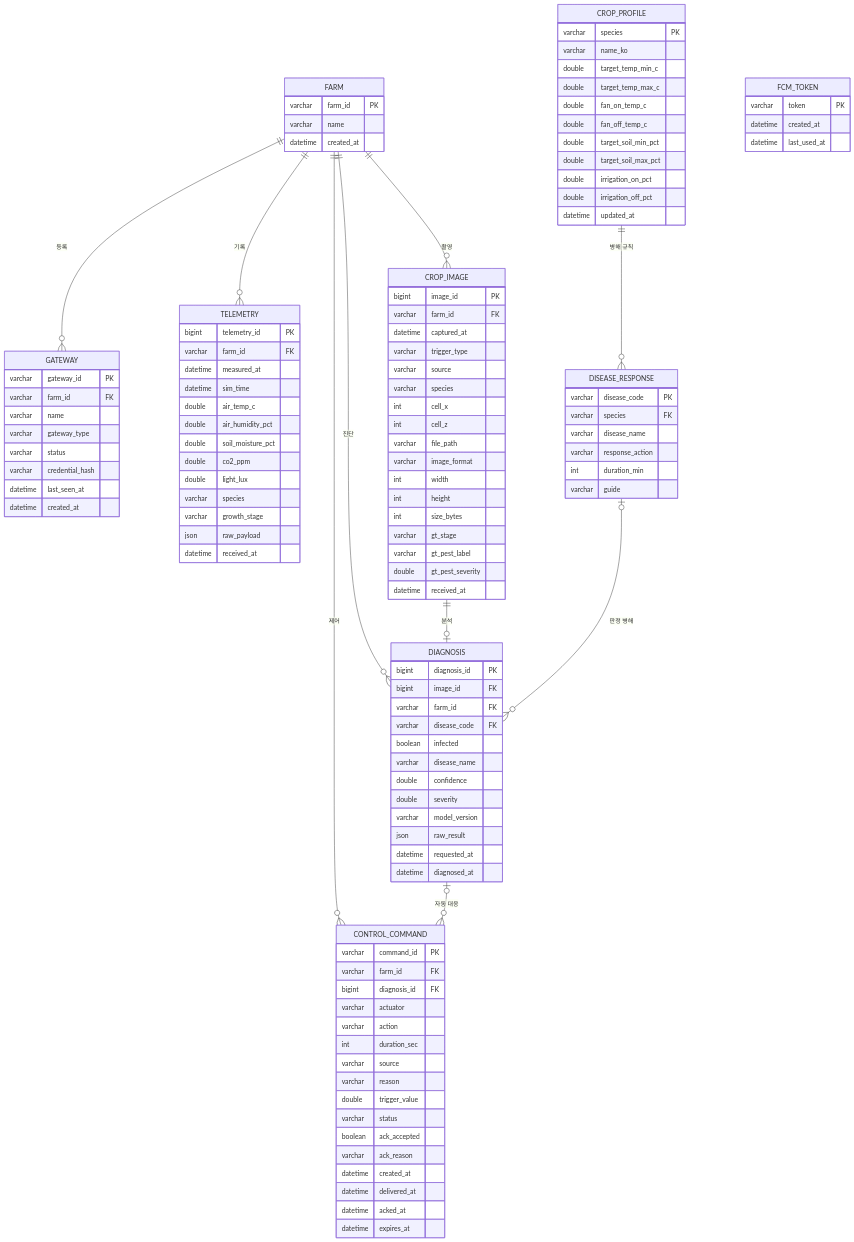
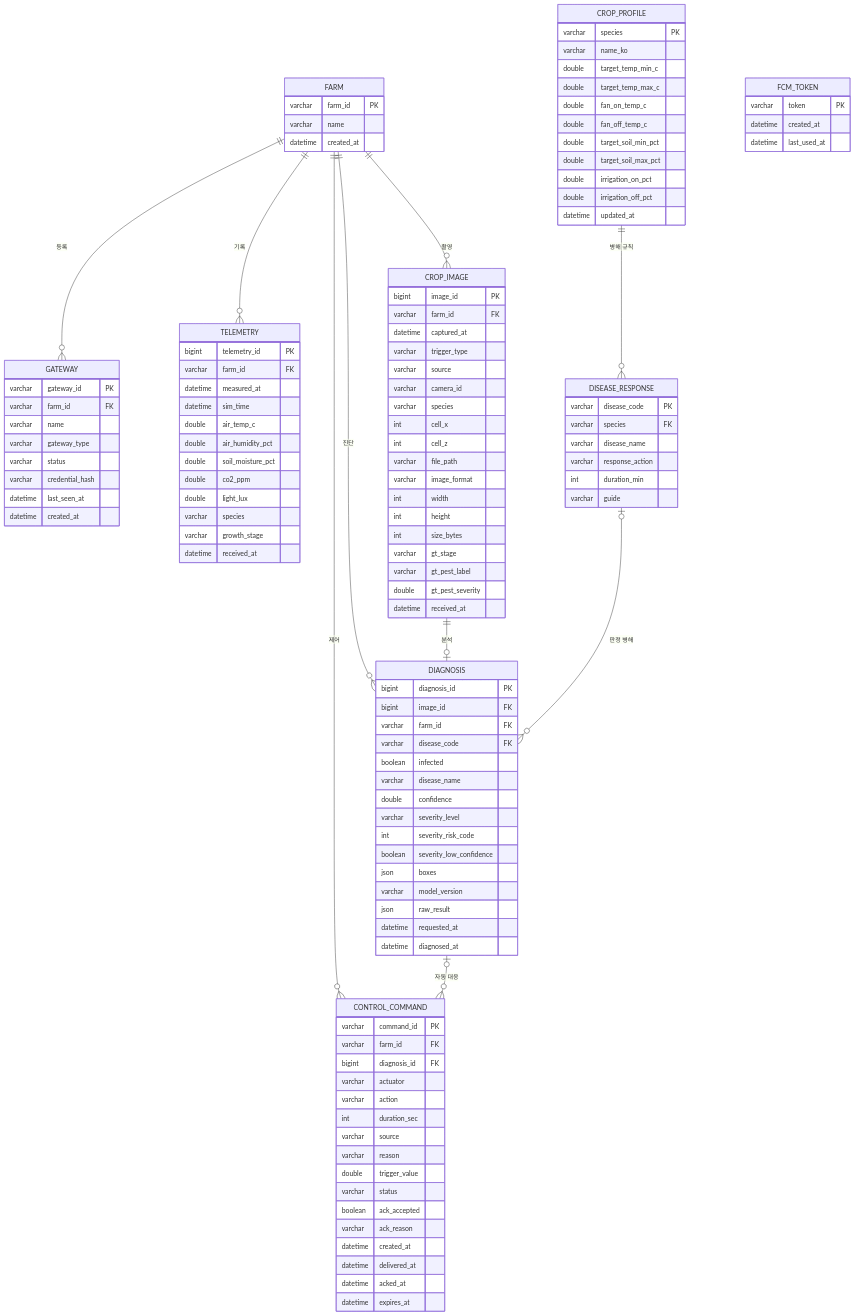
The diagram in docs/design/erd-spec.md (AI-SmartFarm/smartfarm-backend), drawn with Mermaid before and after one commit. The commit also changed other lines of this file and 4 other files, not shown here.

Commit message:
docs : JWT 인증 방식 정리 및 API 명세·ERD v0.2 반영

```diff
--- a/docs/design/erd-spec.md
+++ b/docs/design/erd-spec.md
@@ -57,7 +58,6 @@
         double light_lux
         varchar species
         varchar growth_stage
-        json raw_payload
         datetime received_at
     }
     CONTROL_COMMAND {
@@ -84,6 +84,7 @@
         datetime captured_at
         varchar trigger_type
         varchar source
+        varchar camera_id
         varchar species
         int cell_x
         int cell_z
@@ -105,7 +106,10 @@
         boolean infected
         varchar disease_name
         double confidence
-        double severity
+        varchar severity_level
+        int severity_risk_code
+        boolean severity_low_confidence
+        json boxes
         varchar model_version
         json raw_result
         datetime requested_at
```
